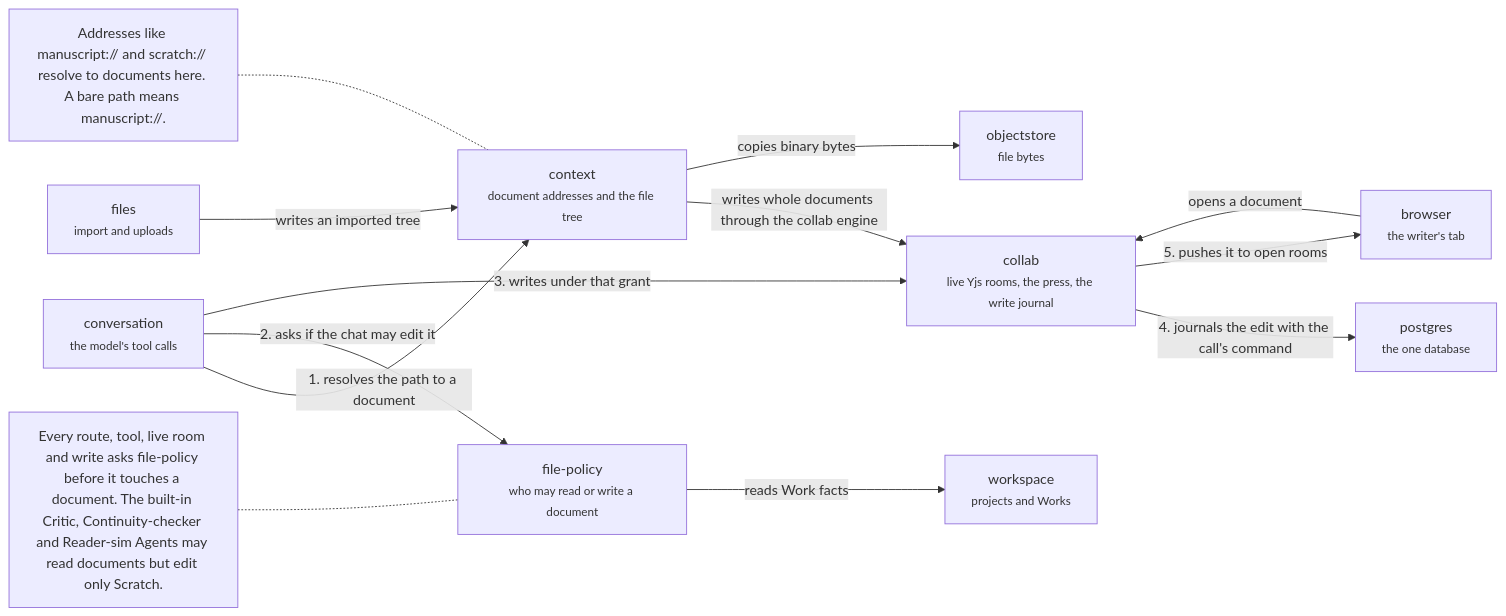
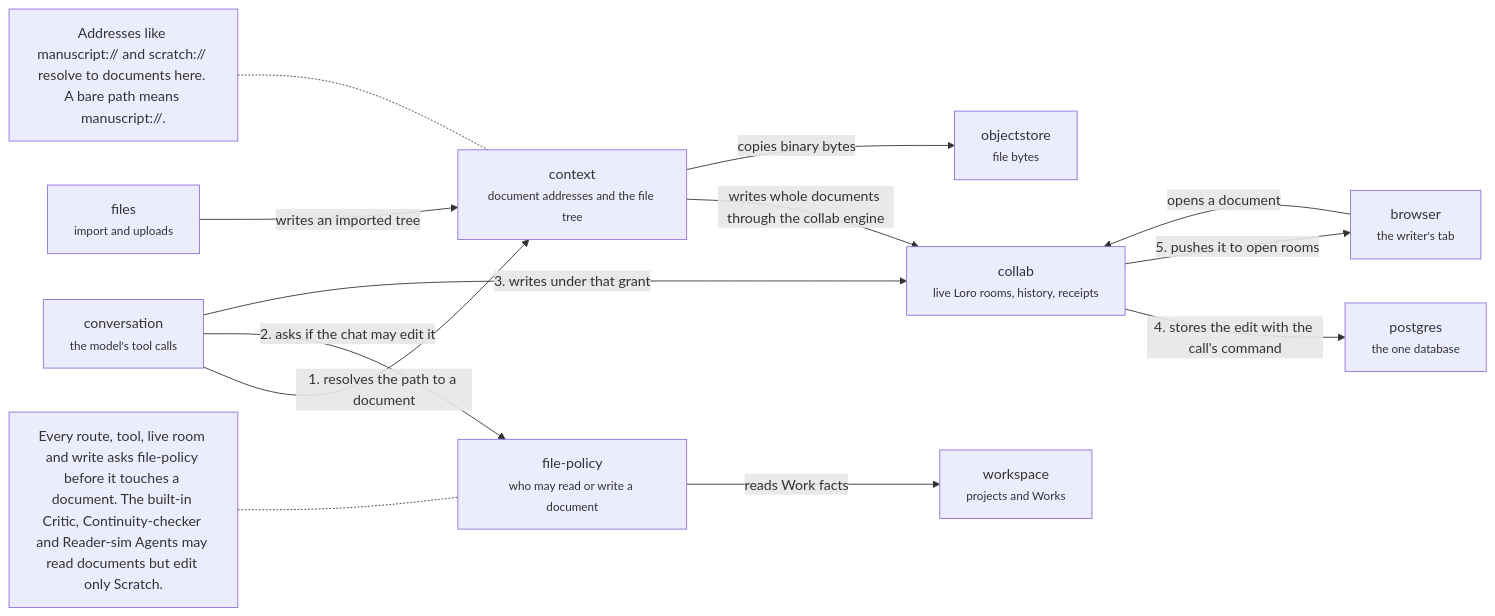
One commit to haowjy/meridian-flow changed the diagram in .context/system-architecture/server-documents.md. Above: the diagram before and after it, drawn with Mermaid. The commit also changed other lines of this file and 24 other files, not shown here.

````diff
--- a/.context/system-architecture/server-documents.md
+++ b/.context/system-architecture/server-documents.md
@@ -5,26 +5,26 @@
 ```mermaid
 flowchart LR
-  collab["collab<br/><small>live Yjs rooms, the press, the write journal</small>"]:::domain
+  collab["collab<br/><small>live Loro rooms, history, receipts</small>"]:::domain
   context["context<br/><small>document addresses and the file tree</small>"]:::domain
   file-policy["file-policy<br/><small>who may read or write a document</small>"]:::domain
   conversation["conversation<br/><small>the model's tool calls</small>"]:::context
   workspace["workspace<br/><small>projects and Works</small>"]:::context
   files["files<br/><small>import and uploads</small>"]:::context
   browser["browser<br/><small>the writer's tab</small>"]:::context
   postgres["postgres<br/><small>the one database</small>"]:::context
   objectstore["objectstore<br/><small>file bytes</small>"]:::context
   conversation -->|"1. resolves the path to a document"| context
   conversation -->|"2. asks if the chat may edit it"| file-policy
   conversation -->|"3. writes under that grant"| collab
-  collab -->|"4. journals the edit with the call's command"| postgres
+  collab -->|"4. stores the edit with the call's command"| postgres
   collab -->|"5. pushes it to open rooms"| browser
   browser -->|"opens a document"| collab
   file-policy -->|"reads Work facts"| workspace
   context -->|"writes whole documents through the collab engine"| collab
   files -->|"writes an imported tree"| context
   context -->|"copies binary bytes"| objectstore
   note1["Every route, tool, live room and write asks file-policy before it touches a document. The built-in Critic, Continuity-checker and Reader-sim Agents may read documents but edit only Scratch."]:::note
   note1 -.- file-policy
   note2["Addresses like manuscript:// and scratch:// resolve to documents here. A bare path means manuscript://."]:::note
   note2 -.- context
 ```
````
